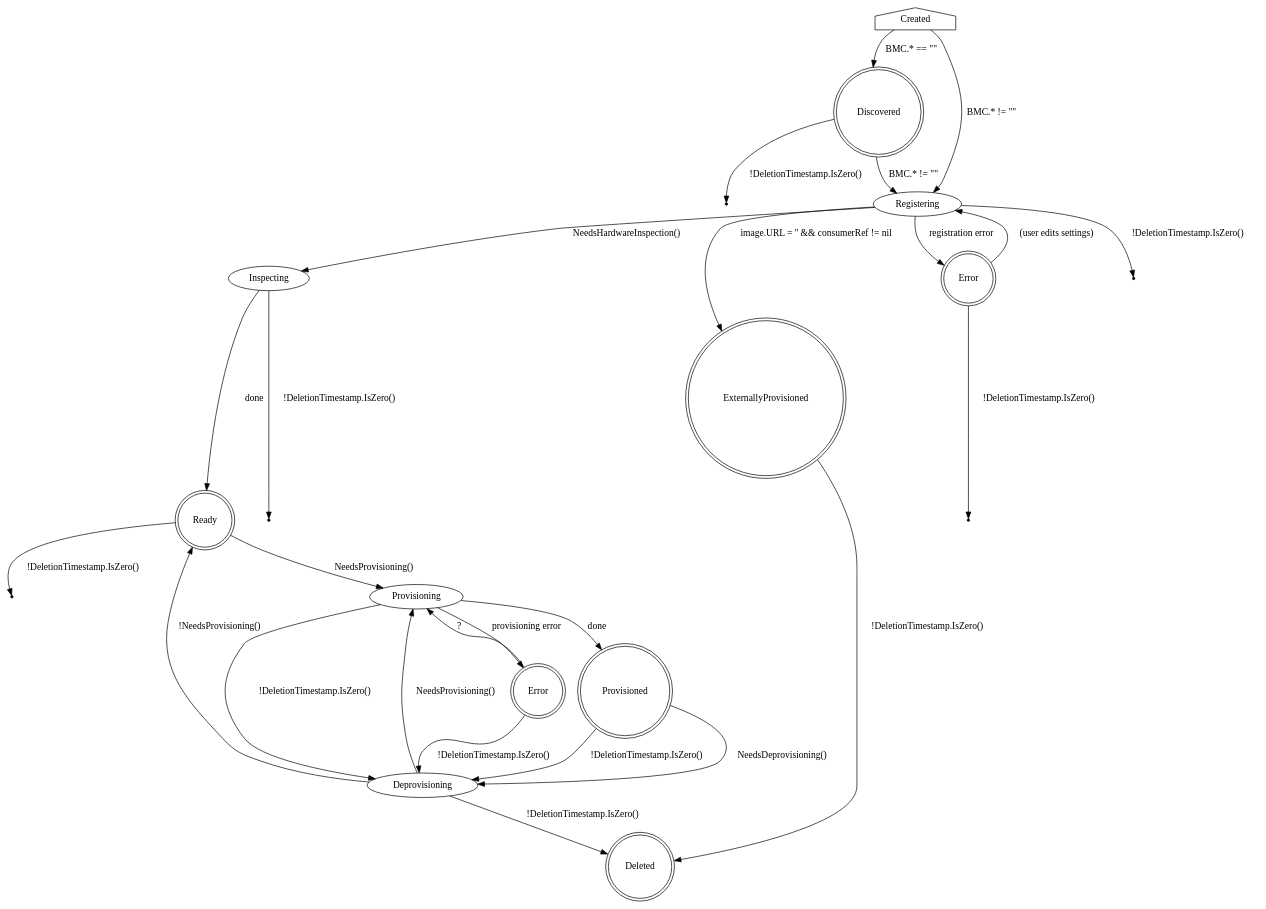
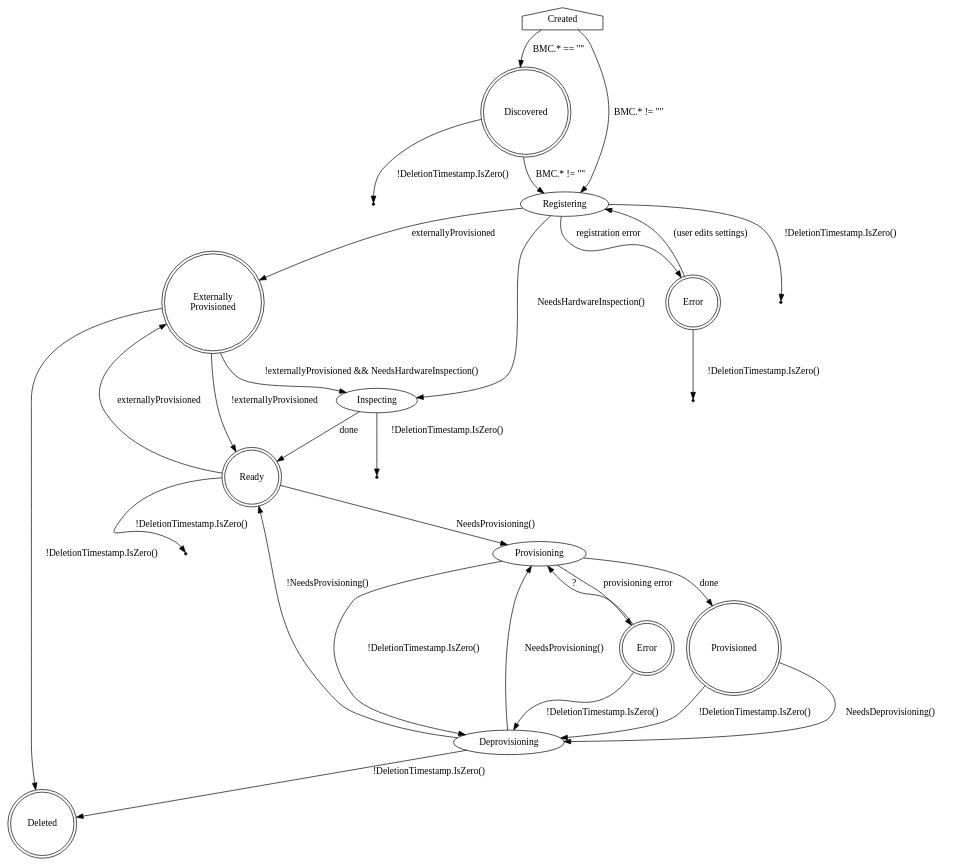
One commit to metal3-io/baremetal-operator changed the diagram in docs/BaremetalHost_ProvisioningState.dot. Above: the diagram before and after it, drawn with Graphviz. The commit also changed 1 other file, not shown here.

Commit message:
update state diagram to show use of explicit flag for externally provisioned
We want to add an externallyProvisioned flag to the host
specification. This change shows how that flag would affect the state
transitions.

```diff
--- a/docs/BaremetalHost_ProvisioningState.dot
+++ b/docs/BaremetalHost_ProvisioningState.dot
@@ -1,56 +1,62 @@
 digraph BaremetalHost {
     Created [shape=house]
     Created -> Discovered [label="BMC.* == \"\""]
     Created -> Registering [label="BMC.* != \"\""]
 
     Discovered [shape=doublecircle]
     Discovered -> Registering [label="BMC.* != \"\""]
     Discovered -> Deleted1 [label="!DeletionTimestamp.IsZero()"]
 
     Deleted1 [shape=point]
 
+    ExternallyProvisioned [label="Externally\nProvisioned"]
+
     Registering -> Inspecting [label="NeedsHardwareInspection()"]
-    Registering -> ExternallyProvisioned [label="image.URL = '' && consumerRef != nil"]
+    Registering -> ExternallyProvisioned [label="externallyProvisioned"]
     Registering -> RegistrationError [shape=doublecircle label="registration error"]
     Registering -> Deleted2 [label="!DeletionTimestamp.IsZero()"]
 
     Deleted2 [shape=point]
+
+    ExternallyProvisioned -> Inspecting [label="!externallyProvisioned && NeedsHardwareInspection()"]
+    ExternallyProvisioned -> Ready [label="!externallyProvisioned"]
+    Ready -> ExternallyProvisioned [label="externallyProvisioned"]
 
     Inspecting -> Ready [label="done"]
     Inspecting -> Deleted3 [label="!DeletionTimestamp.IsZero()"]
 
     Deleted3 [shape=point]
 
     RegistrationError [shape=doublecircle label="Error"]
     RegistrationError -> Registering [label="(user edits settings)"]
     RegistrationError -> Deleted4 [label="!DeletionTimestamp.IsZero()"]
 
     Deleted4 [shape=point]
 
     Ready [shape=doublecircle]
     Ready -> Provisioning [label="NeedsProvisioning()"]
     Ready -> Deleted5 [label="!DeletionTimestamp.IsZero()"]
 
     Deleted5 [shape=point]
 
     Provisioning -> Provisioned [label=done]
     Provisioning -> ProvisioningError [label="provisioning error"]
     Provisioning -> Deprovisioning [label="!DeletionTimestamp.IsZero()"]
 
     ProvisioningError [shape=doublecircle label="Error"]
     ProvisioningError -> Provisioning [label="?"]
     ProvisioningError -> Deprovisioning [label="!DeletionTimestamp.IsZero()"]
 
     Provisioned [shape=doublecircle]
     Provisioned -> Deprovisioning [label="NeedsDeprovisioning()"]
     Provisioned -> Deprovisioning [label="!DeletionTimestamp.IsZero()"]
 
     ExternallyProvisioned [shape=doublecircle]
     ExternallyProvisioned -> Deleted [label="!DeletionTimestamp.IsZero()"]
 
     Deprovisioning -> Provisioning [label="NeedsProvisioning()"]
     Deprovisioning -> Ready [label="!NeedsProvisioning()"]
     Deprovisioning -> Deleted [label="!DeletionTimestamp.IsZero()"]
 
     Deleted [shape=doublecircle]
 }
```
